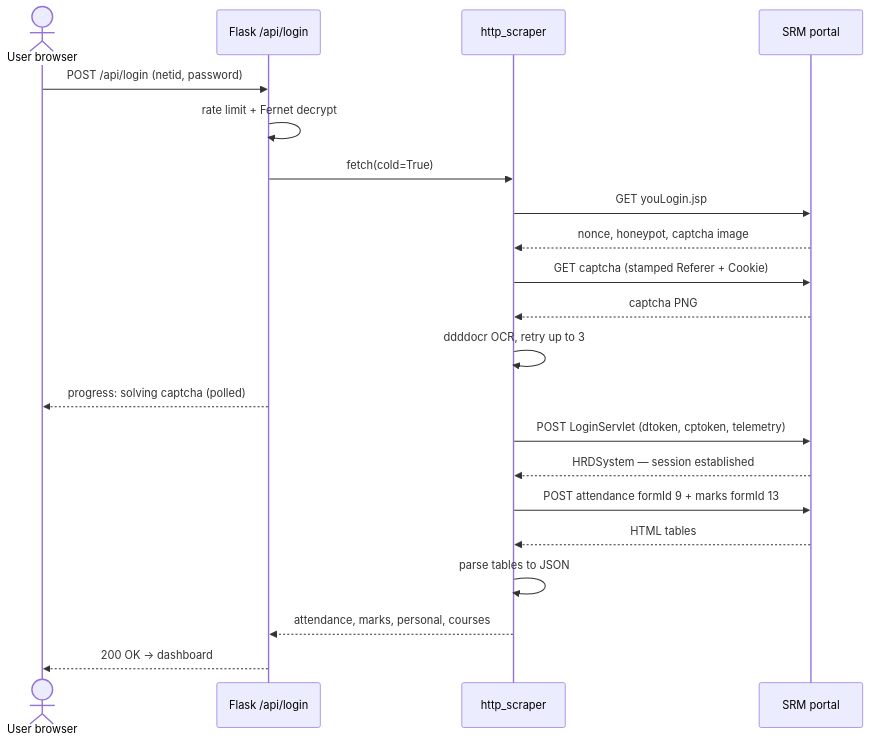
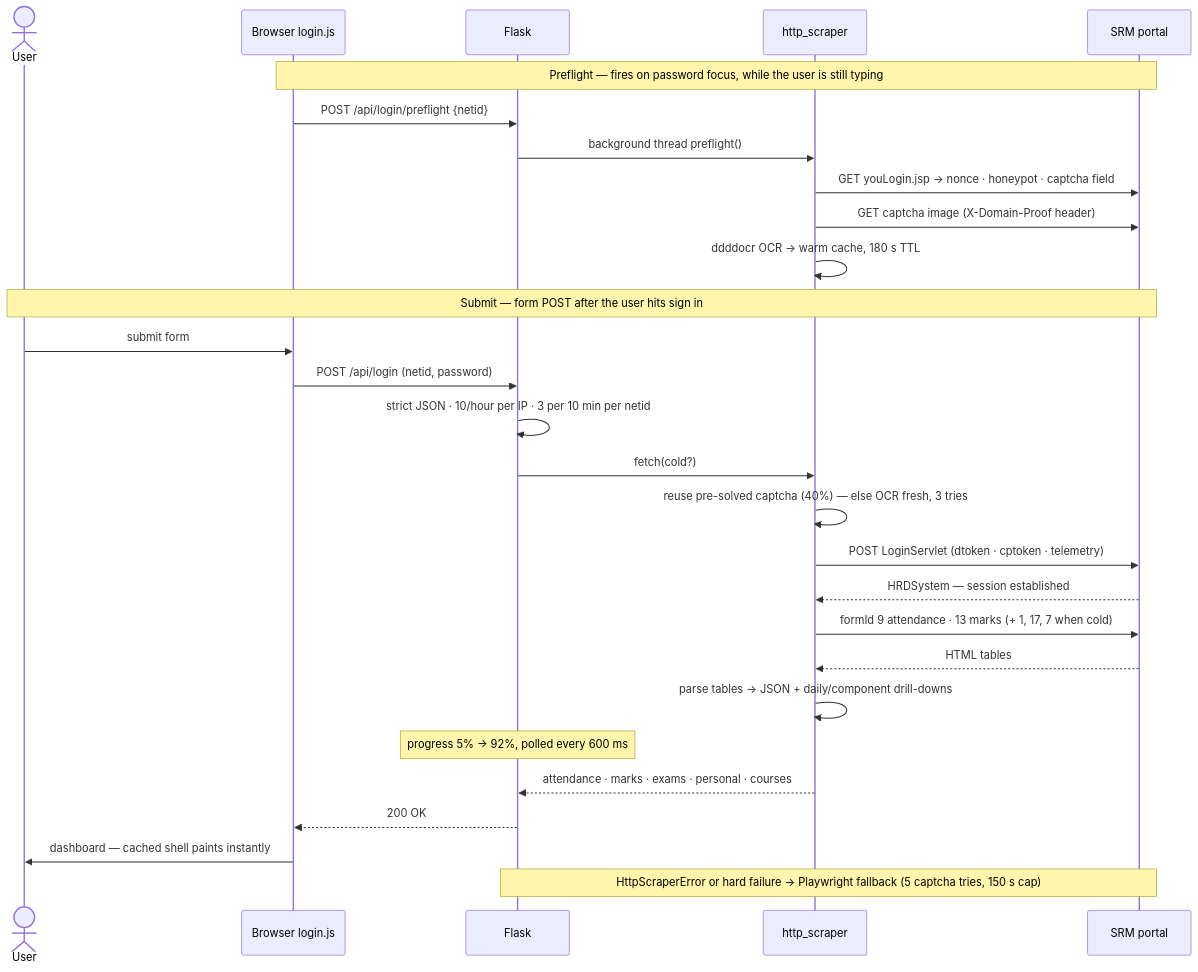
The second of 3 diagrams in README.md (thenabbu/OpenSRM), drawn with Mermaid before and after one commit. The commit also changed other lines of this file, not shown here.

First line of the commit message:
docs: rewrite README for v1.4.0 — fresh mermaid trio, ScribeInner correction

````diff
--- a/README.md
+++ b/README.md
@@ -111,23 +118,33 @@
 ```mermaid
 sequenceDiagram
-    actor U as User browser
-    participant F as Flask /api/login
+    actor U as User
+    participant B as Browser login.js
+    participant F as Flask
     participant S as http_scraper
     participant P as SRM portal
-    U->>F: POST /api/login (netid, password)
-    F->>F: rate limit + Fernet decrypt
-    F->>S: fetch(cold=True)
-    S->>P: GET youLogin.jsp
-    P-->>S: nonce, honeypot, captcha image
-    S->>P: GET captcha (stamped Referer + Cookie)
-    P-->>S: captcha PNG
-    S->>S: ddddocr OCR, retry up to 3
-    F-->>U: progress: solving captcha (polled)
-    S->>P: POST LoginServlet (dtoken, cptoken, telemetry)
+
+    Note over B,P: Preflight — fires on password focus, while the user is still typing
+    B->>F: POST /api/login/preflight {netid}
+    F->>S: background thread preflight()
+    S->>P: GET youLogin.jsp → nonce · honeypot · captcha field
+    S->>P: GET captcha image (X-Domain-Proof header)
+    S->>S: ddddocr OCR → warm cache, 180 s TTL
+
+    Note over U,P: Submit — form POST after the user hits sign in
+    U->>B: submit form
+    B->>F: POST /api/login (netid, password)
+    F->>F: strict JSON · 10/hour per IP · 3 per 10 min per netid
+    F->>S: fetch(cold?)
+    S->>S: reuse pre-solved captcha (40%) — else OCR fresh, 3 tries
+    S->>P: POST LoginServlet (dtoken · cptoken · telemetry)
     P-->>S: HRDSystem — session established
-    S->>P: POST attendance formId 9 + marks formId 13
+    S->>P: formId 9 attendance · 13 marks (+ 1, 17, 7 when cold)
     P-->>S: HTML tables
-    S->>S: parse tables to JSON
-    S-->>F: attendance, marks, personal, courses
-    F-->>U: 200 OK → dashboard
+    S->>S: parse tables → JSON + daily/component drill-downs
+    Note over F: progress 5% → 92%, polled every 600 ms
+    S-->>F: attendance · marks · exams · personal · courses
+    F-->>B: 200 OK
+    B->>U: dashboard — cached shell paints instantly
+
+    Note over F,P: HttpScraperError or hard failure → Playwright fallback (5 captcha tries, 150 s cap)
 ```
````
